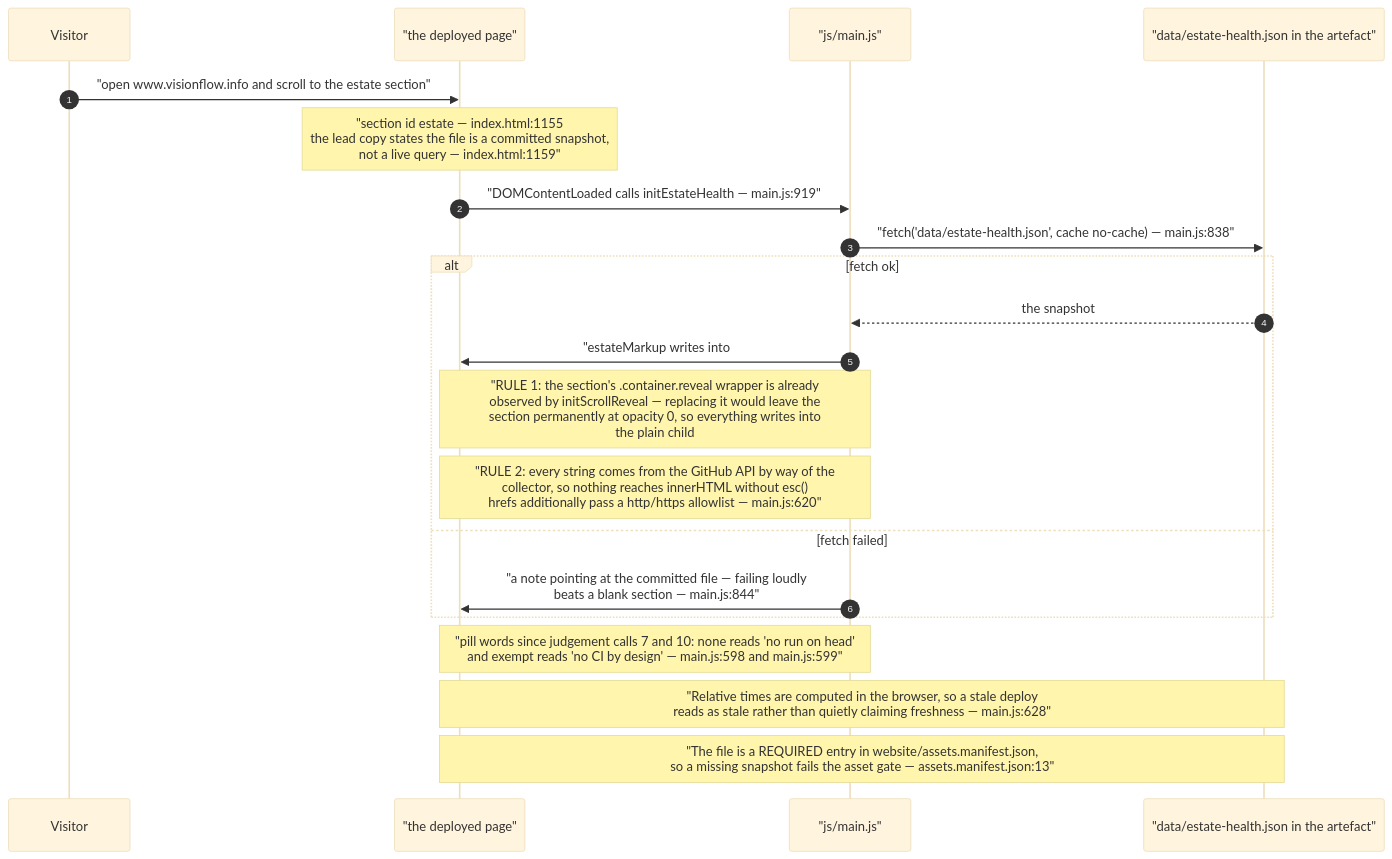
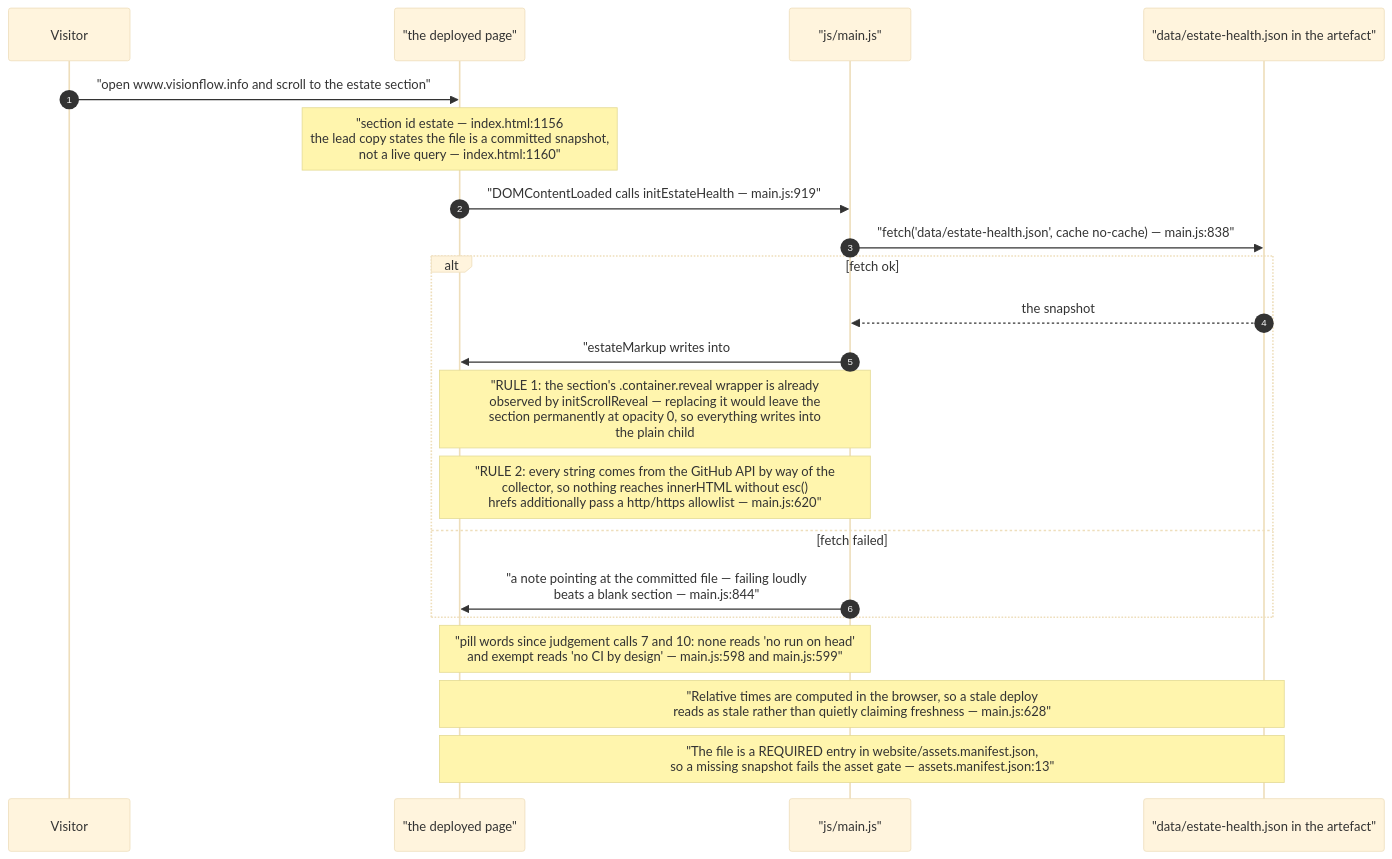
The eighth of 9 diagrams in docs/diagrams/visionflow/03-estate-health.md (DreamLab-AI/VisionFlow), drawn with Mermaid (base theme) before and after one commit. The commit also changed other lines of this file and 151 other files, not shown here.

````diff
--- a/docs/diagrams/visionflow/03-estate-health.md
+++ b/docs/diagrams/visionflow/03-estate-health.md
@@ -256,24 +256,24 @@
 ```mermaid
 sequenceDiagram
     autonumber
     participant V as Visitor
     participant P as "the deployed page"
     participant M as "js/main.js"
     participant F as "data/estate-health.json in the artefact"
 
     V->>P: "open www.visionflow.info and scroll to the estate section"
-    Note over P: "section id estate — index.html:1155<br/>the lead copy states the file is a committed snapshot,<br/>not a live query — index.html:1159"
+    Note over P: "section id estate — index.html:1156<br/>the lead copy states the file is a committed snapshot,<br/>not a live query — index.html:1160"
     P->>M: "DOMContentLoaded calls initEstateHealth — main.js:919"
     M->>F: "fetch('data/estate-health.json', cache no-cache) — main.js:838"
     alt fetch ok
         F-->>M: the snapshot
         M->>P: "estateMarkup writes into #estate-body — main.js:841"
         Note over M,P: "RULE 1: the section's .container.reveal wrapper is already<br/>observed by initScrollReveal — replacing it would leave the<br/>section permanently at opacity 0, so everything writes into<br/>the plain child #estate-body — main.js:587"
         Note over M,P: "RULE 2: every string comes from the GitHub API by way of the<br/>collector, so nothing reaches innerHTML without esc()<br/>hrefs additionally pass a http/https allowlist — main.js:620"
     else fetch failed
         M->>P: "a note pointing at the committed file — failing loudly<br/>beats a blank section — main.js:844"
     end
     Note over M,P: "pill words since judgement calls 7 and 10: none reads 'no run on head'<br/>and exempt reads 'no CI by design' — main.js:598 and main.js:599"
     Note over P,F: "Relative times are computed in the browser, so a stale deploy<br/>reads as stale rather than quietly claiming freshness — main.js:628"
     Note over P,F: "The file is a REQUIRED entry in website/assets.manifest.json,<br/>so a missing snapshot fails the asset gate — assets.manifest.json:13"
 ```
````
